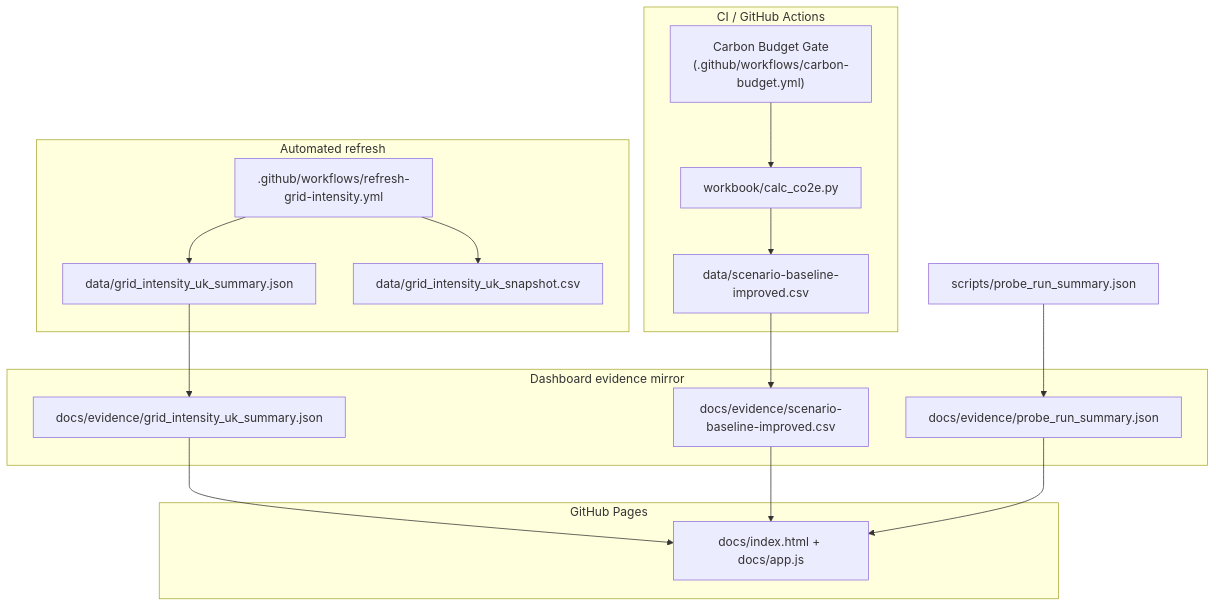
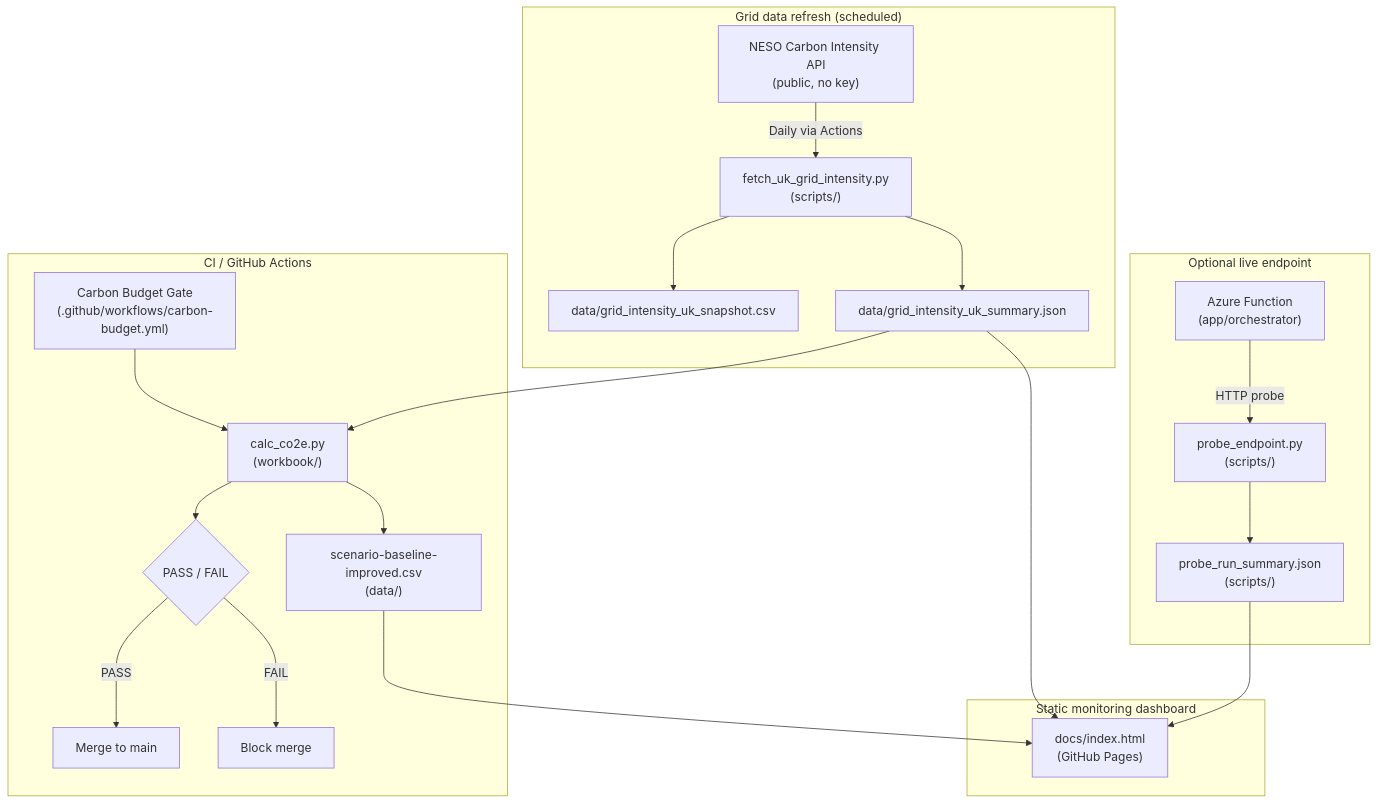
Before and after one commit to vlad12-k/green-ai-sizer-mvp: the diagram in README.md, drawn with Mermaid. The commit also changed other lines of this file and 2 other files, not shown here.

````diff
--- a/README.md
+++ b/README.md
@@ -38,31 +29,39 @@
 ```mermaid
 flowchart TD
-    subgraph CI["CI / GitHub Actions"]
-        Gate["Carbon Budget Gate<br/>(.github/workflows/carbon-budget.yml)"]
-        Calc["workbook/calc_co2e.py"]
-        Scenario["data/scenario-baseline-improved.csv"]
-        Gate --> Calc --> Scenario
+    subgraph CI ["CI / GitHub Actions"]
+        CIGate["Carbon Budget Gate\n(.github/workflows/carbon-budget.yml)"]
+        Calc["calc_co2e.py\n(workbook/)"]
+        CSV["scenario-baseline-improved.csv\n(data/)"]
+        CIGate --> Calc --> CSV
+        Calc --> Pass{"PASS / FAIL"}
+        Pass -->|PASS| Merge["Merge to main"]
+        Pass -->|FAIL| Block["Block merge"]
     end
 
-    subgraph Refresh["Automated refresh"]
-        RefreshWF[".github/workflows/refresh-grid-intensity.yml"]
-        GridSummary["data/grid_intensity_uk_summary.json"]
-        GridSnapshot["data/grid_intensity_uk_snapshot.csv"]
-        RefreshWF --> GridSummary
-        RefreshWF --> GridSnapshot
+    subgraph DataRefresh ["Grid data refresh (scheduled)"]
+        GridAPI["NESO Carbon Intensity API\n(public, no key)"]
+        FetchScript["fetch_uk_grid_intensity.py\n(scripts/)"]
+        GridCSV["data/grid_intensity_uk_snapshot.csv"]
+        GridJSON["data/grid_intensity_uk_summary.json"]
+        GridAPI -->|Daily via Actions| FetchScript
+        FetchScript --> GridCSV
+        FetchScript --> GridJSON
     end
 
-    subgraph Evidence["Dashboard evidence mirror"]
-        EvidenceGrid["docs/evidence/grid_intensity_uk_summary.json"]
-        EvidenceProbe["docs/evidence/probe_run_summary.json"]
-        EvidenceCSV["docs/evidence/scenario-baseline-improved.csv"]
+    subgraph Endpoint ["Optional live endpoint"]
+        AzFunc["Azure Function\n(app/orchestrator)"]
+        ProbeScript["probe_endpoint.py\n(scripts/)"]
+        ProbeSummary["probe_run_summary.json\n(scripts/)"]
+        AzFunc -->|HTTP probe| ProbeScript
+        ProbeScript --> ProbeSummary
     end
 
-    subgraph Pages["GitHub Pages"]
-        Dashboard["docs/index.html + docs/app.js"]
+    subgraph Dashboard ["Static monitoring dashboard"]
+        Pages["docs/index.html\n(GitHub Pages)"]
     end
 
-    GridSummary --> EvidenceGrid --> Dashboard
-    Scenario --> EvidenceCSV --> Dashboard
-    Probe["scripts/probe_run_summary.json"] --> EvidenceProbe --> Dashboard
+    GridJSON --> Calc
+    GridJSON --> Pages
+    ProbeSummary --> Pages
+    CSV --> Pages
 ```
````
